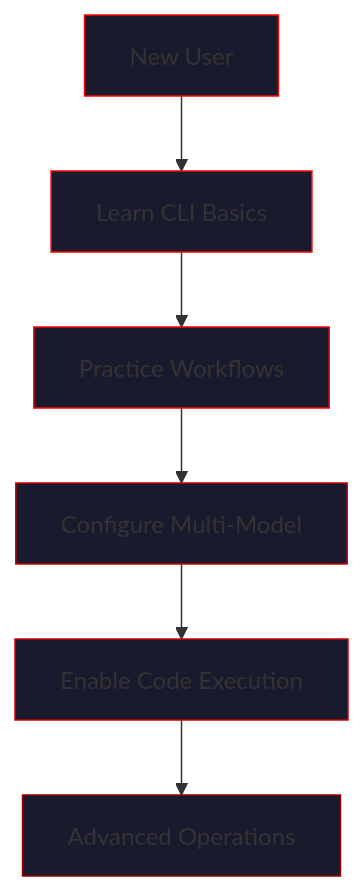
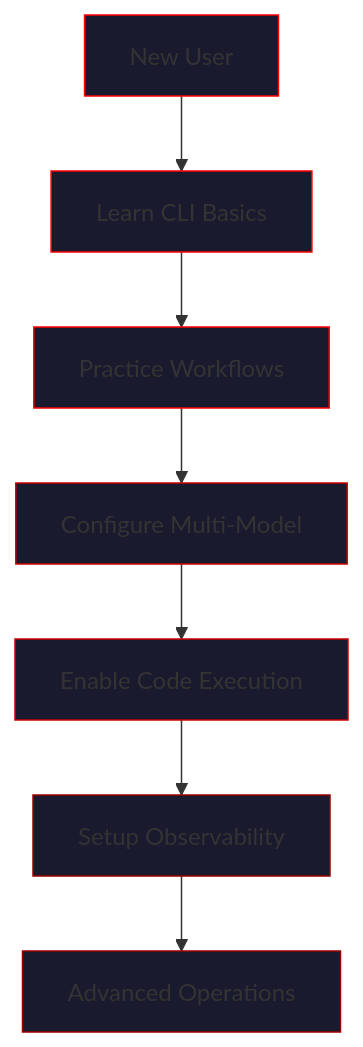
One commit to Sudhendra/vecna changed the second of 2 diagrams in docs/guides/index.md. Above: the diagram before and after it, drawn with Mermaid. The commit also changed other lines of this file and 8 other files, not shown here.

````diff
--- a/docs/guides/index.md
+++ b/docs/guides/index.md
@@ -138,15 +153,17 @@
 ```mermaid
 graph TD
     START[New User] --> CLI[Learn CLI Basics]
     CLI --> WORK[Practice Workflows]
     WORK --> MULTI[Configure Multi-Model]
     MULTI --> CODE[Enable Code Execution]
-    CODE --> ADV[Advanced Operations]
+    CODE --> OBS[Setup Observability]
+    OBS --> ADV[Advanced Operations]
     
     style START fill:#1a1a2e,stroke:#ff0000
     style CLI fill:#1a1a2e,stroke:#ff0000
     style WORK fill:#1a1a2e,stroke:#ff0000
     style MULTI fill:#1a1a2e,stroke:#cc0000
     style CODE fill:#1a1a2e,stroke:#cc0000
+    style OBS fill:#1a1a2e,stroke:#990000
     style ADV fill:#1a1a2e,stroke:#990000
 ```
````
